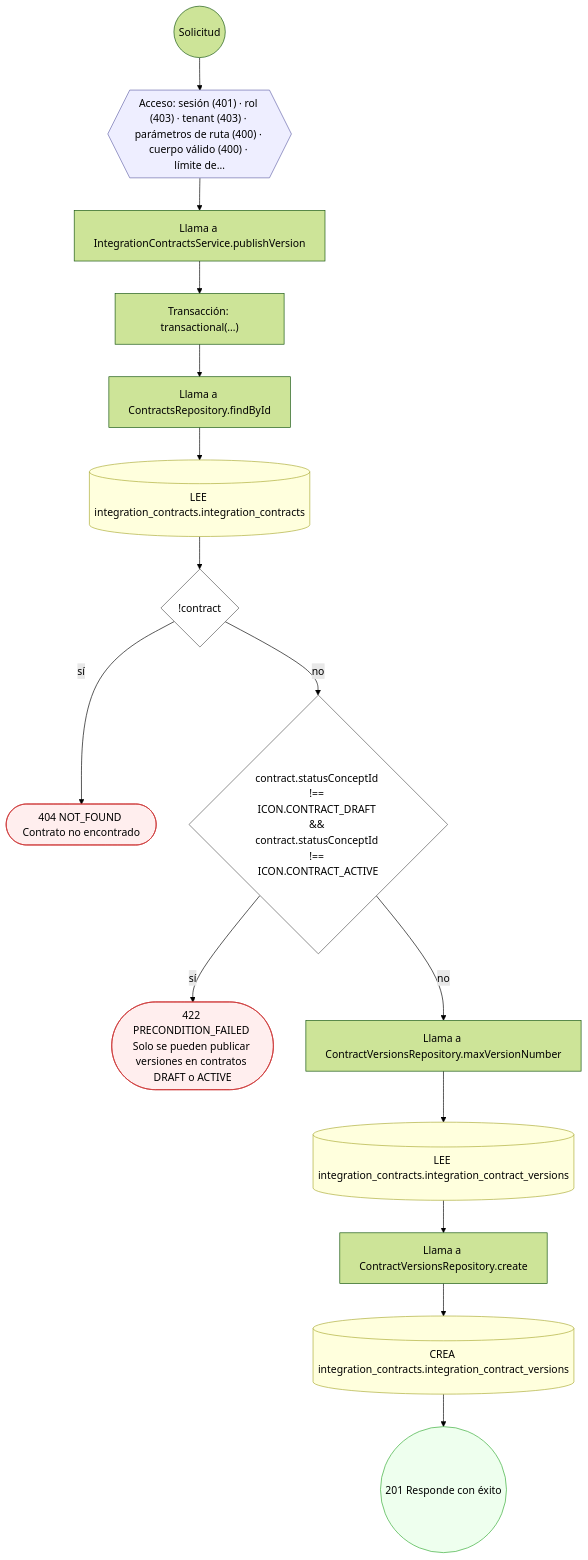
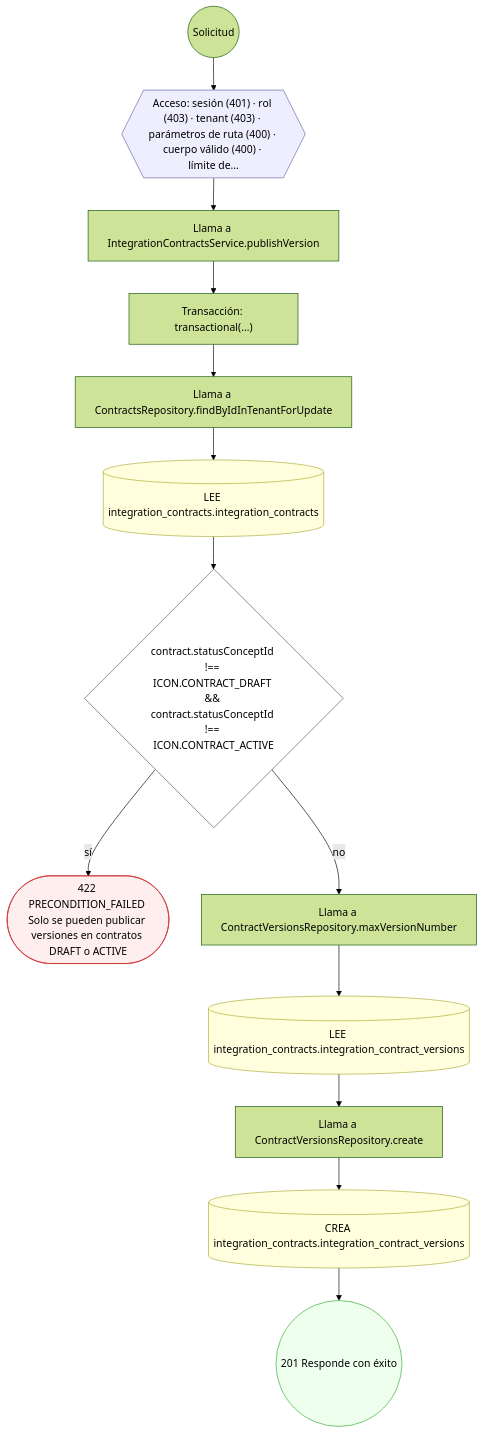
One commit to mdavila-2001/mantra-core-health-api changed the eighth of 12 diagrams in docs/inventario/flujos/integration_contracts.md. Above: the diagram before and after it, drawn with Mermaid (forest theme). The commit also changed other lines of this file and 438 other files, not shown here.

````diff
--- a/docs/inventario/flujos/integration_contracts.md
+++ b/docs/inventario/flujos/integration_contracts.md
@@ -568,38 +534,34 @@
 ```mermaid
 flowchart TD
   n1(("Solicitud")):::inicio
   n2{{"Acceso: sesión (401) · rol (403) · tenant (403) · parámetros de ruta (400) · cuerpo válido (400) · límite de…"}}:::acceso
   n1 --> n2
   n3["Llama a IntegrationContractsService.publishVersion"]:::llamada
   n2 --> n3
   n4["Transacción: transactional(…)"]:::transaccion
   n3 --> n4
-  n5["Llama a ContractsRepository.findById"]:::llamada
+  n5["Llama a ContractsRepository.findByIdInTenantForUpdate"]:::llamada
   n4 --> n5
   n6[("LEE integration_contracts.integration_contracts")]:::efecto
   n5 --> n6
-  n7{"!contract"}:::decision
+  n7{"contract.statusConceptId !== ICON.CONTRACT_DRAFT && contract.statusConceptId !== ICON.CONTRACT_ACTIVE"}:::decision
   n6 --> n7
-  n8(["404 NOT_FOUND Contrato no encontrado"]):::error
+  n8(["422 PRECONDITION_FAILED Solo se pueden publicar versiones en contratos DRAFT o ACTIVE"]):::error
   n7 -->|"sí"| n8
-  n9{"contract.statusConceptId !== ICON.CONTRACT_DRAFT && contract.statusConceptId !== ICON.CONTRACT_ACTIVE"}:::decision
+  n9["Llama a ContractVersionsRepository.maxVersionNumber"]:::llamada
   n7 -->|"no"| n9
-  n10(["422 PRECONDITION_FAILED Solo se pueden publicar versiones en contratos DRAFT o ACTIVE"]):::error
-  n9 -->|"sí"| n10
-  n11["Llama a ContractVersionsRepository.maxVersionNumber"]:::llamada
-  n9 -->|"no"| n11
-  n12[("LEE integration_contracts.integration_contract_versions")]:::efecto
+  n10[("LEE integration_contracts.integration_contract_versions")]:::efecto
+  n9 --> n10
+  n11["Llama a ContractVersionsRepository.create"]:::llamada
+  n10 --> n11
+  n12[("CREA integration_contracts.integration_contract_versions")]:::efecto
   n11 --> n12
-  n13["Llama a ContractVersionsRepository.create"]:::llamada
+  n13(("201 Responde con éxito")):::ok
   n12 --> n13
-  n14[("CREA integration_contracts.integration_contract_versions")]:::efecto
-  n13 --> n14
-  n15(("201 Responde con éxito")):::ok
-  n14 --> n15
   classDef acceso fill:#eef,stroke:#66a
   classDef error fill:#fee,stroke:#c33
   classDef ok fill:#efe,stroke:#3a3
   classDef efecto fill:#ffd,stroke:#aa3
   classDef decision fill:#fff,stroke:#555
   classDef corte fill:#eee,stroke:#999,stroke-dasharray: 4
 ```
````
